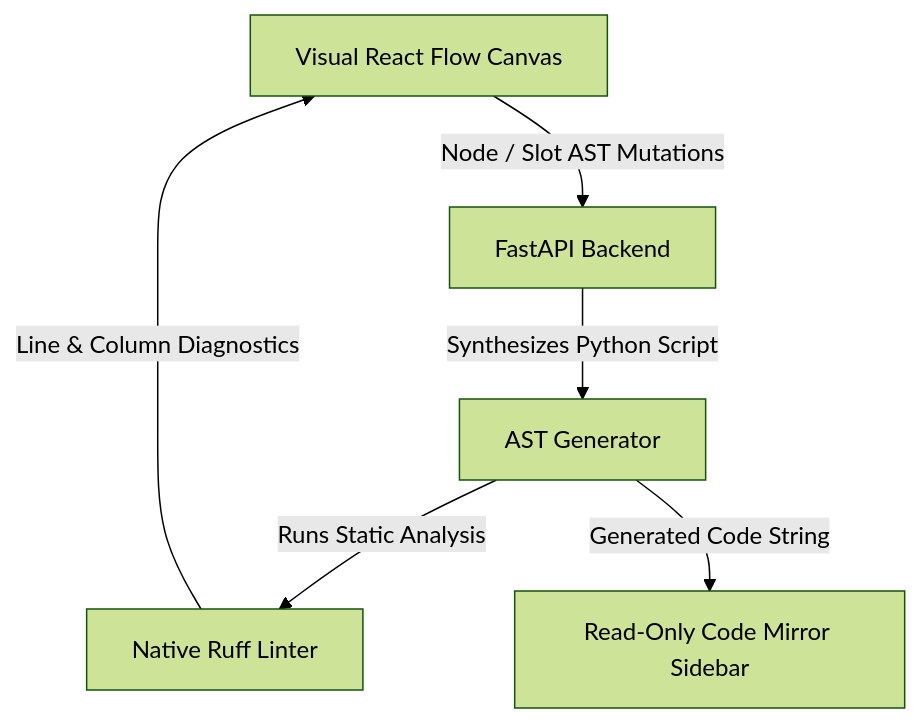
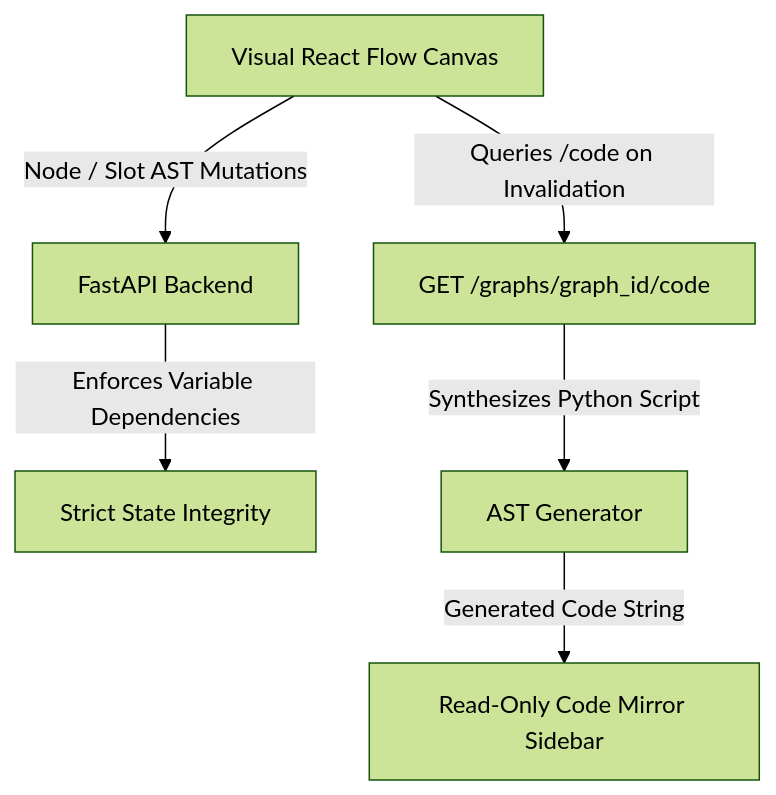
Before and after one commit to kszucher/graphboard: the diagram in README.md, drawn with Mermaid (forest theme). The commit also changed other lines of this file and 17 other files, not shown here.

````diff
--- a/README.md
+++ b/README.md
@@ -72,8 +73,8 @@
 ```mermaid
 graph TD
     Canvas[Visual React Flow Canvas] -- "Node / Slot AST Mutations" --> API[FastAPI Backend]
-    API -- "Synthesizes Python Script" --> Compiler[AST Generator]
-    Compiler -- "Runs Static Analysis" --> Ruff[Native Ruff Linter]
+    API -- "Enforces Variable Dependencies" --> Operations[Strict State Integrity]
+    Canvas -- "Queries /code on Invalidation" --> CodeEP[GET /graphs/graph_id/code]
+    CodeEP -- "Synthesizes Python Script" --> Compiler[AST Generator]
     Compiler -- "Generated Code String" --> Sidebar[Read-Only Code Mirror Sidebar]
-    Ruff -- "Line & Column Diagnostics" --> Canvas
 ```
````
